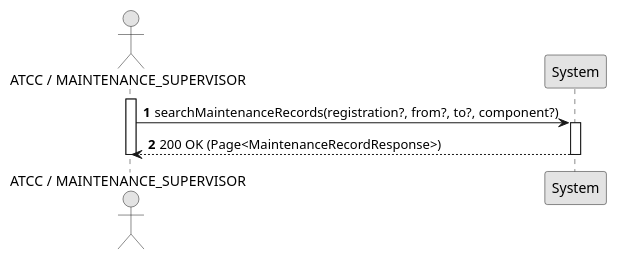
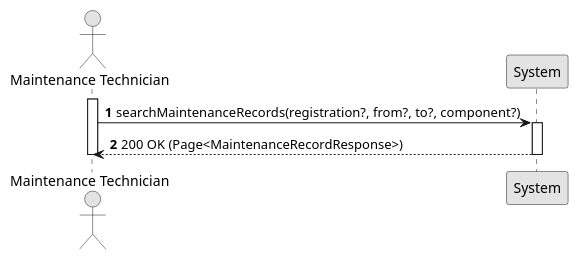
Before and after one commit to VascoMagolo/psoft_1231562_1241692_1242036_2db: the diagram in docs/system-documentation/use-cases/WP4B/US218/puml/ssd_us218.puml, drawn with PlantUML. The commit also changed 43 other files, not shown here.

Commit message:
docs: update system documentation and diagrams for WP1B, WP4A and WP4B

```diff
--- a/docs/system-documentation/use-cases/WP4B/US218/puml/ssd_us218.puml
+++ b/docs/system-documentation/use-cases/WP4B/US218/puml/ssd_us218.puml
@@ -1,17 +1,17 @@
 @startuml ssd_us218
 autonumber
 skinparam monochrome true
 skinparam packageStyle rect
 skinparam shadowing false
 
-actor "ATCC / MAINTENANCE_SUPERVISOR" as Actor
+actor "Maintenance Technician" as Actor
 participant "System" as Sys
 
 activate Actor
 Actor -> Sys : searchMaintenanceRecords(registration?, from?, to?, component?)
 activate Sys
 Sys --> Actor : 200 OK (Page<MaintenanceRecordResponse>)
 deactivate Sys
 deactivate Actor
 
 @enduml
```
